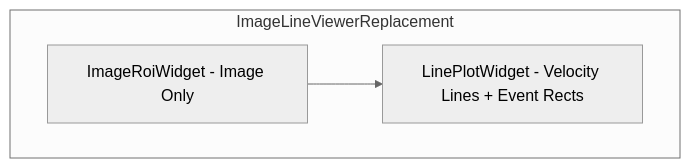
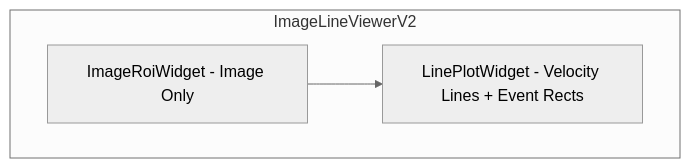
The diagram in prompts/todo-switch-kymflow-to-nicewidgets-image-line-widget.md (mapmanager/kymflow), drawn with Mermaid (neutral theme) before and after one commit. The commit also changed other lines of this file and 13 other files, not shown here.

````diff
--- a/prompts/todo-switch-kymflow-to-nicewidgets-image-line-widget.md
+++ b/prompts/todo-switch-kymflow-to-nicewidgets-image-line-widget.md
@@ -180,8 +180,8 @@
 ```mermaid
 flowchart TB
-    subgraph replacement [ImageLineViewerReplacement]
+    subgraph replacement [ImageLineViewerV2]
         IRW[ImageRoiWidget - Image Only]
         LPW[LinePlotWidget - Velocity Lines + Event Rects]
         IRW --> LPW
     end
 ```
````
